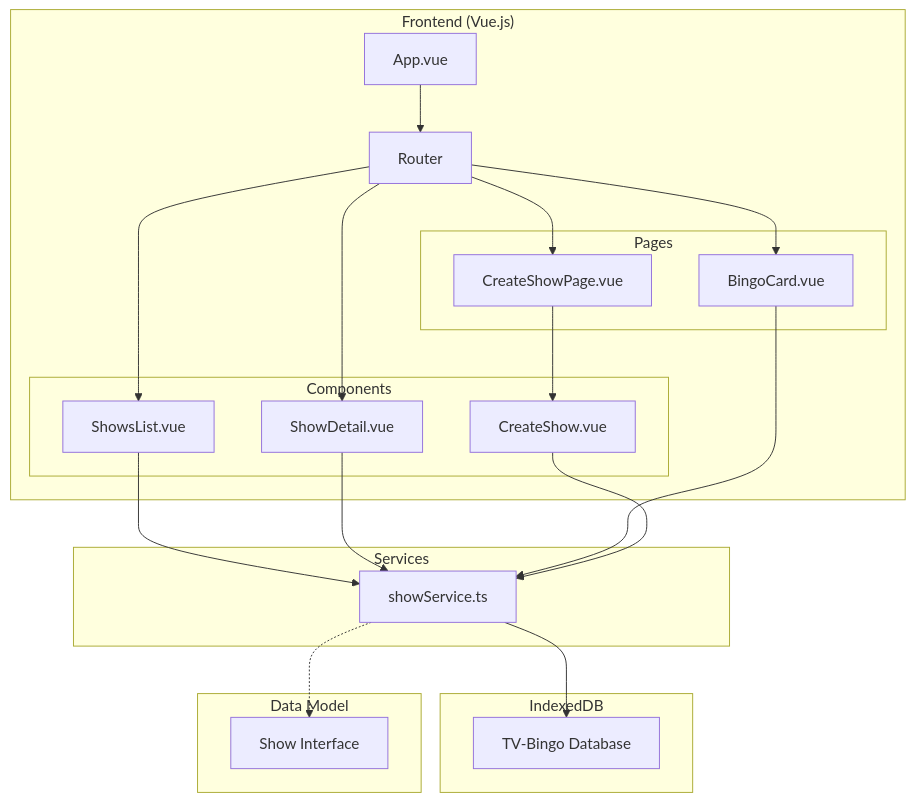
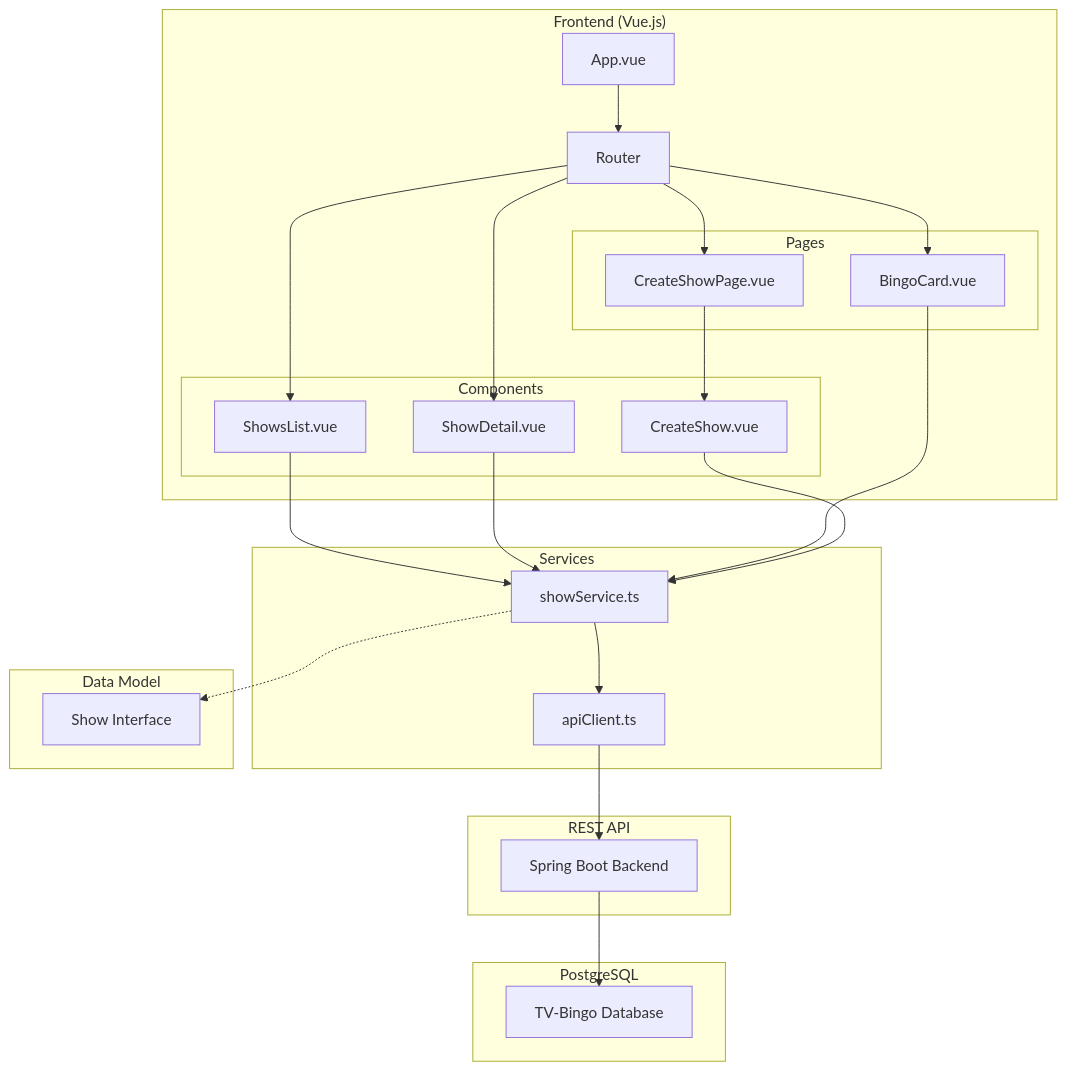
Before and after one commit to martinbo66/tv-bingo: the first of 6 diagrams in vue-tvbingo/doc/overview.md, drawn with Mermaid. The commit also changed other lines of this file and 8 other files, not shown here.

First line of the commit message:
Add environment example file and update architecture documentation

````diff
--- a/vue-tvbingo/doc/overview.md
+++ b/vue-tvbingo/doc/overview.md
@@ -9,45 +9,52 @@
 ```mermaid
 graph TD
     subgraph Frontend["Frontend (Vue.js)"]
         App["App.vue"]
         Router["Router"]
         
         subgraph Components["Components"]
             ShowsList["ShowsList.vue"]
             ShowDetail["ShowDetail.vue"]
             CreateShow["CreateShow.vue"]
         end
         
         subgraph Pages["Pages"]
             BingoCard["BingoCard.vue"]
             CreateShowPage["CreateShowPage.vue"]
         end
     end
     
     subgraph Services["Services"]
         ShowService["showService.ts"]
+        ApiClient["apiClient.ts"]
     end
     
-    subgraph Database["IndexedDB"]
-        IDB["TV-Bingo Database"]
+    subgraph API["REST API"]
+        Backend["Spring Boot Backend"]
+    end
+    
+    subgraph Database["PostgreSQL"]
+        DB["TV-Bingo Database"]
     end
     
     subgraph DataModel["Data Model"]
         Show["Show Interface"]
     end
     
     App --> Router
     Router --> ShowsList
     Router --> ShowDetail
     Router --> BingoCard
     Router --> CreateShowPage
     
     ShowsList --> ShowService
     ShowDetail --> ShowService
     BingoCard --> ShowService
     CreateShowPage --> CreateShow
     CreateShow --> ShowService
     
-    ShowService --> IDB
+    ShowService --> ApiClient
+    ApiClient --> Backend
+    Backend --> DB
     ShowService -.-> Show
 ```
````
